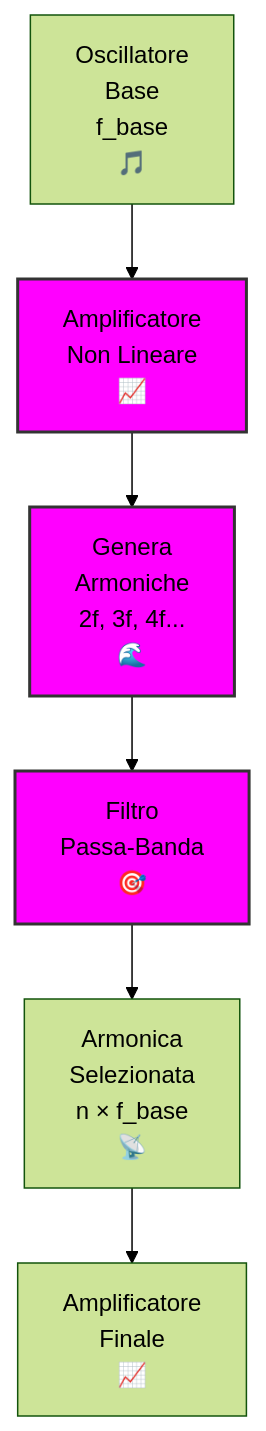
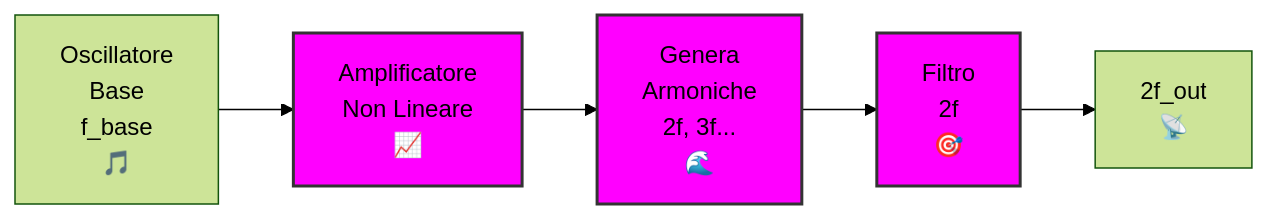
Before and after one commit to EliaTolin/esame-radioamatori: the third of 3 diagrams in 05_Trasmettitori/5.1_Tipi_di_trasmettitori.md, drawn with Mermaid (forest theme). The commit also changed other lines of this file and 2 other files, not shown here.

Commit message:
aggiornamento diagrammi a blocchi in orizzontale

````diff
--- a/05_Trasmettitori/5.1_Tipi_di_trasmettitori.md
+++ b/05_Trasmettitori/5.1_Tipi_di_trasmettitori.md
@@ -117,10 +119,9 @@
 ```mermaid
-graph TD;
+graph LR;
     OscillatoreBase["Oscillatore<br>Base<br>f_base<br>🎵"] --> AmplificatoreNonLineare["Amplificatore<br>Non Lineare<br>📈"];
-    AmplificatoreNonLineare --> GeneraArmoniche["Genera<br>Armoniche<br>2f, 3f, 4f...<br>🌊"];
-    GeneraArmoniche --> FiltroPassaBanda["Filtro<br>Passa-Banda<br>🎯"];
-    FiltroPassaBanda --> ArmonicaSelezionata["Armonica<br>Selezionata<br>n × f_base<br>📡"];
-    ArmonicaSelezionata --> AmplificatoreFinale["Amplificatore<br>Finale<br>📈"];
+    AmplificatoreNonLineare --> GeneraArmoniche["Genera<br>Armoniche<br>2f, 3f...<br>🌊"];
+    GeneraArmoniche --> FiltroArmonica["Filtro<br>2f<br>🎯"];
+    FiltroArmonica --> Uscita["2f_out<br>📡"];
     classDef mult fill:#f0f,stroke:#333,stroke-width:2px;
-    class AmplificatoreNonLineare,GeneraArmoniche,FiltroPassaBanda mult;
+    class AmplificatoreNonLineare,GeneraArmoniche,FiltroArmonica mult;
 ```
````
